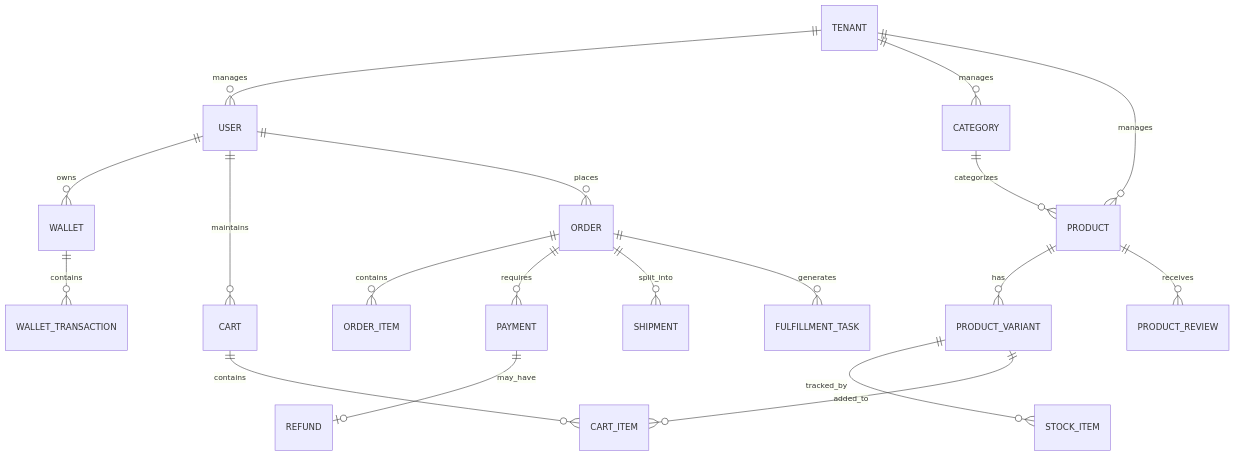
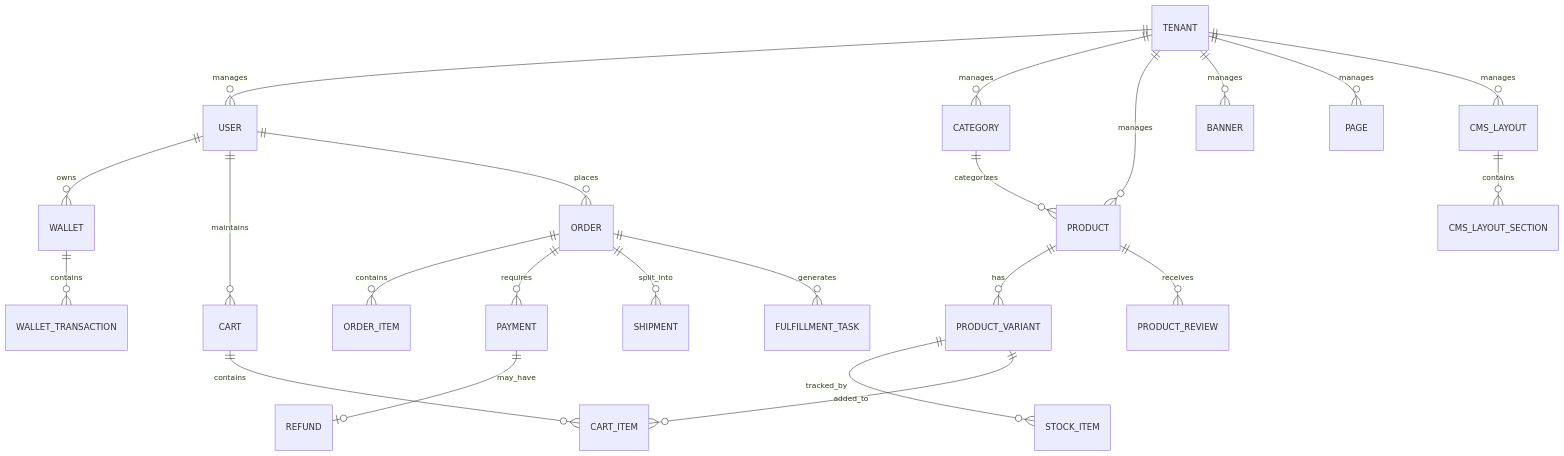
Before and after one commit to Mohamed-ehab-mohy/ECommerce: the diagram in README.md, drawn with Mermaid. The commit also changed other lines of this file and 1 other file, not shown here.

Commit message:
docs: document CMS module, OAuth PKCE, and output caching

````diff
--- a/README.md
+++ b/README.md
@@ -78,26 +78,31 @@
 ```mermaid
 erDiagram
     TENANT ||--o{ USER : manages
     USER ||--o{ WALLET : owns
     WALLET ||--o{ WALLET_TRANSACTION : contains
     
     TENANT ||--o{ CATEGORY : manages
     TENANT ||--o{ PRODUCT : manages
     CATEGORY ||--o{ PRODUCT : categorizes
     
     PRODUCT ||--o{ PRODUCT_VARIANT : has
     PRODUCT ||--o{ PRODUCT_REVIEW : receives
     PRODUCT_VARIANT ||--o{ STOCK_ITEM : tracked_by
     
     USER ||--o{ CART : maintains
     CART ||--o{ CART_ITEM : contains
     PRODUCT_VARIANT ||--o{ CART_ITEM : added_to
     
     USER ||--o{ ORDER : places
     ORDER ||--o{ ORDER_ITEM : contains
     ORDER ||--o{ PAYMENT : requires
     PAYMENT ||--o| REFUND : may_have
     
     ORDER ||--o{ SHIPMENT : split_into
     ORDER ||--o{ FULFILLMENT_TASK : generates
+    
+    TENANT ||--o{ BANNER : manages
+    TENANT ||--o{ PAGE : manages
+    TENANT ||--o{ CMS_LAYOUT : manages
+    CMS_LAYOUT ||--o{ CMS_LAYOUT_SECTION : contains
 ```
````
